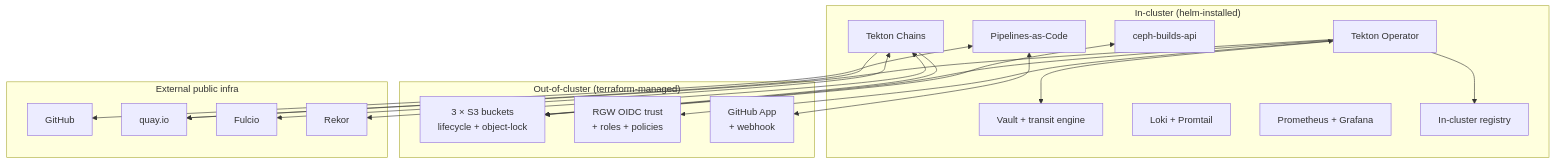
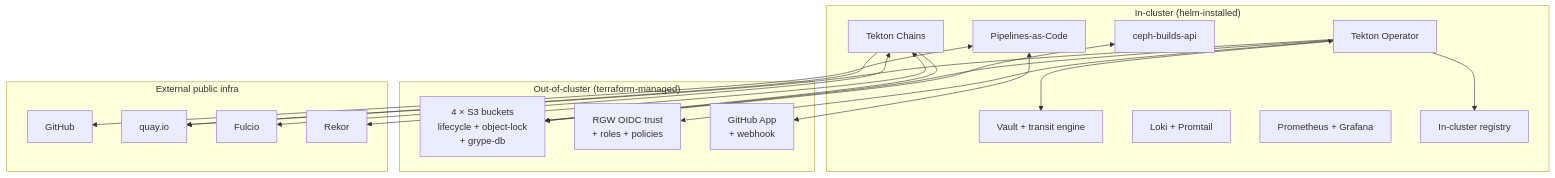
The seventh of 8 diagrams in docs/architecture.md (mmgaggle/ceph-tekton), drawn with Mermaid before and after one commit. The commit also changed other lines of this file and 9 other files, not shown here.

````diff
--- a/docs/architecture.md
+++ b/docs/architecture.md
@@ -284,39 +299,39 @@
 ```mermaid
 flowchart TB
   subgraph IN["In-cluster (helm-installed)"]
     TKO[Tekton Operator]
     PaC[Pipelines-as-Code]
     CH[Tekton Chains]
     V[Vault + transit engine]
     LOK[Loki + Promtail]
     PROM[Prometheus + Grafana]
     REG[In-cluster registry]
     API[ceph-builds-api]
   end
 
   subgraph OUT["Out-of-cluster (terraform-managed)"]
-    S3[3 × S3 buckets<br/>lifecycle + object-lock]
+    S3[4 × S3 buckets<br/>lifecycle + object-lock<br/>+ grype-db]
     OIDC[RGW OIDC trust<br/>+ roles + policies]
     APP[GitHub App<br/>+ webhook]
   end
 
   subgraph PUB["External public infra"]
     GH[GitHub]
     Q[quay.io]
     FU[Fulcio]
     RK[Rekor]
   end
 
   PaC <--> GH
   PaC <--> APP
   CH <--> FU
   CH <--> RK
   CH --> Q
   CH --> S3
   TKO --> REG
   TKO <--> V
   TKO --> S3
   TKO --> OIDC
   TKO --> Q
   API <--> S3
 ```
````
